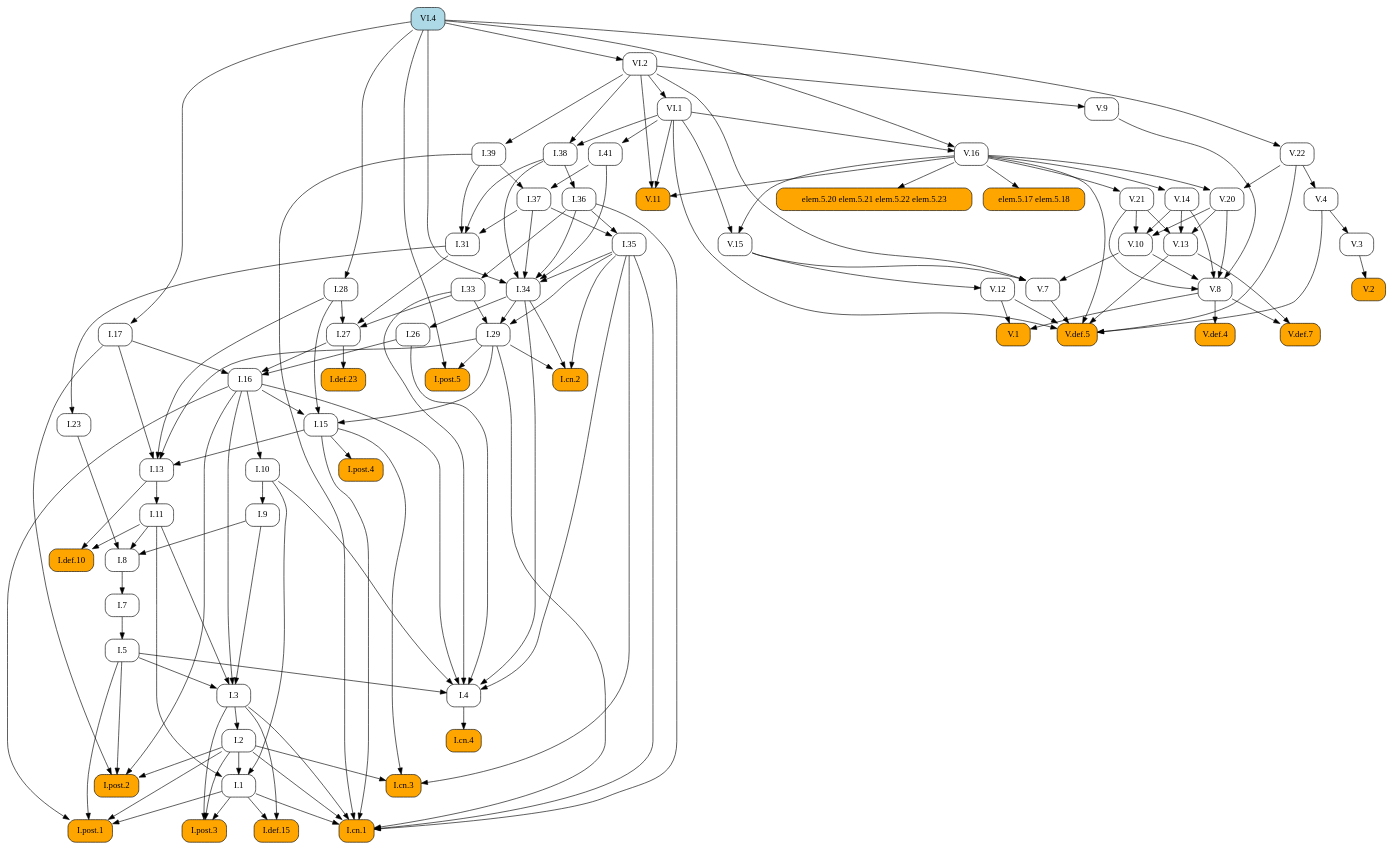
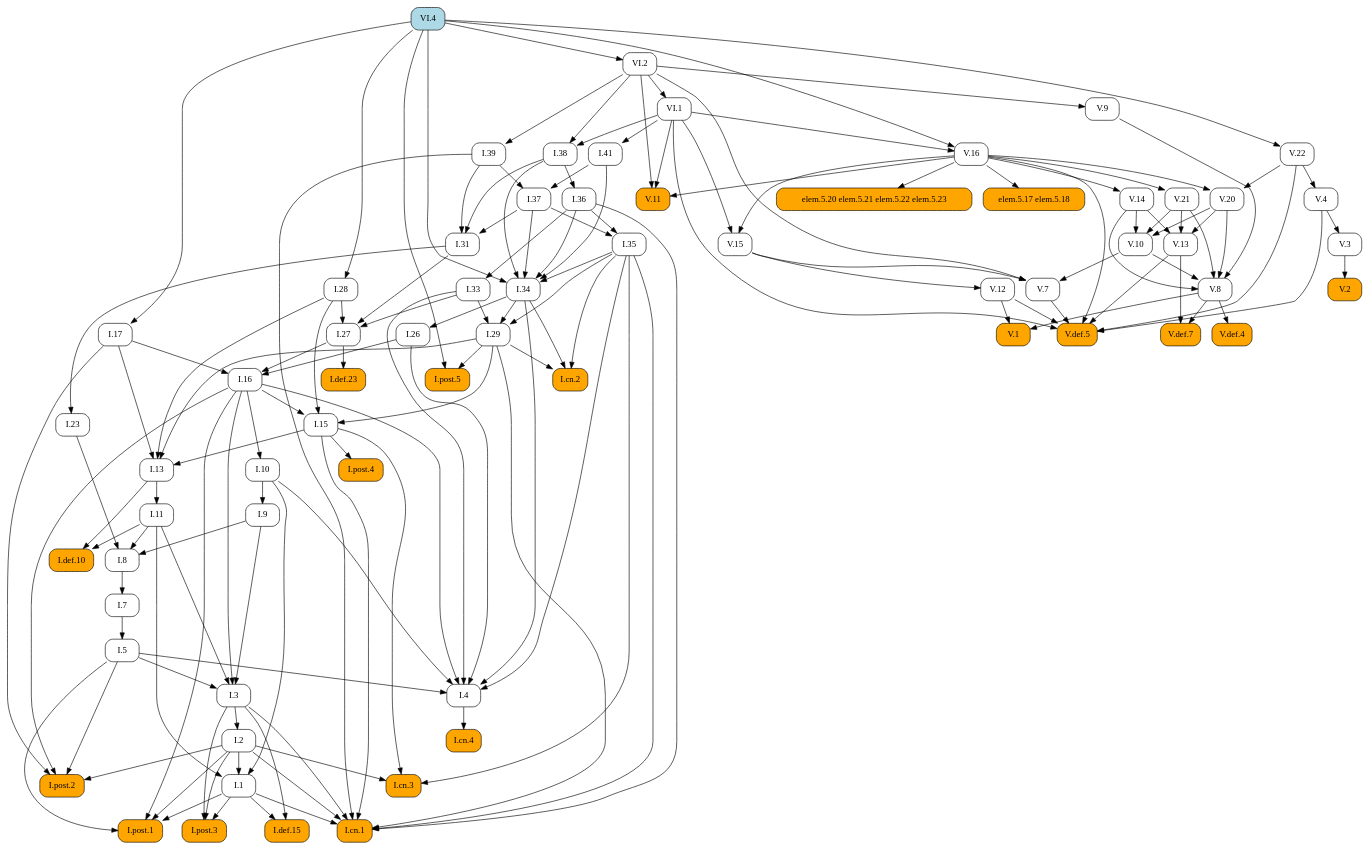
One commit to geometor/elements changed the diagram in docsrc/heath/VI/4/index.rst. Above: the diagram before and after it, drawn with Graphviz. The commit also changed other lines of this file and 484 other files, not shown here.

```diff
--- a/docsrc/heath/VI/4/index.rst
+++ b/docsrc/heath/VI/4/index.rst
@@ -87,79 +87,160 @@
    digraph {
      rankdir="TB";
      node [shape=box, style=rounded];
+     "I.23" [URL="/heath/I/23/", target="_top"];
+     "I.9" [URL="/heath/I/9/", target="_top"];
+     "I.def.15" [style="rounded,filled", fillcolor=orange, URL="/heath/I/def.15/", target="_top"];
+     "V.13" [URL="/heath/V/13/", target="_top"];
+     "V.7" [URL="/heath/V/7/", target="_top"];
+     "elem.5.17 elem.5.18" [style="rounded,filled", fillcolor=orange];
+     "I.post.1" [style="rounded,filled", fillcolor=orange, URL="/heath/I/post.1/", target="_top"];
+     "V.14" [URL="/heath/V/14/", target="_top"];
+     "V.9" [URL="/heath/V/9/", target="_top"];
+     "I.31" [URL="/heath/I/31/", target="_top"];
      "I.def.10" [style="rounded,filled", fillcolor=orange, URL="/heath/I/def.10/", target="_top"];
+     "V.10" [URL="/heath/V/10/", target="_top"];
+     "V.4" [URL="/heath/V/4/", target="_top"];
+     "VI.1" [URL="/heath/VI/1/", target="_top"];
+     "I.39" [URL="/heath/I/39/", target="_top"];
+     "V.11" [style="rounded,filled", fillcolor=orange, URL="/heath/V/11/", target="_top"];
+     "I.34" [URL="/heath/I/34/", target="_top"];
+     "I.3" [URL="/heath/I/3/", target="_top"];
+     "V.def.4" [style="rounded,filled", fillcolor=orange, URL="/heath/V/def.4/", target="_top"];
+     "V.def.7" [style="rounded,filled", fillcolor=orange, URL="/heath/V/def.7/", target="_top"];
+     "V.21" [URL="/heath/V/21/", target="_top"];
+     "I.2" [URL="/heath/I/2/", target="_top"];
+     "V.3" [URL="/heath/V/3/", target="_top"];
+     "I.13" [URL="/heath/I/13/", target="_top"];
+     "I.post.4" [style="rounded,filled", fillcolor=orange, URL="/heath/I/post.4/", target="_top"];
+     "I.4" [URL="/heath/I/4/", target="_top"];
+     "I.1" [URL="/heath/I/1/", target="_top"];
+     "I.17" [URL="/heath/I/17/", target="_top"];
+     "I.8" [URL="/heath/I/8/", target="_top"];
+     "I.29" [URL="/heath/I/29/", target="_top"];
+     "I.38" [URL="/heath/I/38/", target="_top"];
+     "V.8" [URL="/heath/V/8/", target="_top"];
+     "I.15" [URL="/heath/I/15/", target="_top"];
+     "I.10" [URL="/heath/I/10/", target="_top"];
      "I.11" [URL="/heath/I/11/", target="_top"];
-     "I.post.4" [style="rounded,filled", fillcolor=orange, URL="/heath/I/post.4/", target="_top"];
-     "I.28" [URL="/heath/I/28/", target="_top"];
-     "I.1" [URL="/heath/I/1/", target="_top"];
+     "I.def.23" [style="rounded,filled", fillcolor=orange, URL="/heath/I/def.23/", target="_top"];
+     "VI.4" [style="rounded,filled", fillcolor=lightblue, URL="/heath/VI/4/", target="_top"];
+     "I.26" [URL="/heath/I/26/", target="_top"];
+     "V.16" [URL="/heath/V/16/", target="_top"];
+     "I.33" [URL="/heath/I/33/", target="_top"];
+     "I.post.3" [style="rounded,filled", fillcolor=orange, URL="/heath/I/post.3/", target="_top"];
      "V.def.5" [style="rounded,filled", fillcolor=orange, URL="/heath/V/def.5/", target="_top"];
-     "V.13" [URL="/heath/V/13/", target="_top"];
-     "V.11" [style="rounded,filled", fillcolor=orange, URL="/heath/V/11/", target="_top"];
-     "I.post.3" [style="rounded,filled", fillcolor=orange, URL="/heath/I/post.3/", target="_top"];
-     "VI.1" [URL="/heath/VI/1/", target="_top"];
-     "I.cn.3" [style="rounded,filled", fillcolor=orange, URL="/heath/I/cn.3/", target="_top"];
-     "V.16" [URL="/heath/V/16/", target="_top"];
-     "VI.4" [style="rounded,filled", fillcolor=lightblue, URL="/heath/VI/4/", target="_top"];
-     "V.3" [URL="/heath/V/3/", target="_top"];
-     "V.8" [URL="/heath/V/8/", target="_top"];
      "I.27" [URL="/heath/I/27/", target="_top"];
-     "I.36" [URL="/heath/I/36/", target="_top"];
-     "I.41" [URL="/heath/I/41/", target="_top"];
-     "I.37" [URL="/heath/I/37/", target="_top"];
-     "I.34" [URL="/heath/I/34/", target="_top"];
-     "I.2" [URL="/heath/I/2/", target="_top"];
-     "I.def.23" [style="rounded,filled", fillcolor=orange, URL="/heath/I/def.23/", target="_top"];
-     "I.17" [URL="/heath/I/17/", target="_top"];
-     "I.33" [URL="/heath/I/33/", target="_top"];
-     "I.post.2" [style="rounded,filled", fillcolor=orange, URL="/heath/I/post.2/", target="_top"];
-     "elem.5.20 elem.5.21 elem.5.22 elem.5.23" [style="rounded,filled", fillcolor=orange];
-     "I.9" [URL="/heath/I/9/", target="_top"];
-     "I.cn.4" [style="rounded,filled", fillcolor=orange, URL="/heath/I/cn.4/", target="_top"];
-     "V.def.4" [style="rounded,filled", fillcolor=orange, URL="/heath/V/def.4/", target="_top"];
-     "I.15" [URL="/heath/I/15/", target="_top"];
-     "I.38" [URL="/heath/I/38/", target="_top"];
-     "V.def.7" [style="rounded,filled", fillcolor=orange, URL="/heath/V/def.7/", target="_top"];
-     "I.5" [URL="/heath/I/5/", target="_top"];
-     "V.21" [URL="/heath/V/21/", target="_top"];
-     "I.39" [URL="/heath/I/39/", target="_top"];
-     "I.26" [URL="/heath/I/26/", target="_top"];
-     "V.14" [URL="/heath/V/14/", target="_top"];
-     "I.29" [URL="/heath/I/29/", target="_top"];
-     "V.22" [URL="/heath/V/22/", target="_top"];
+     "V.20" [URL="/heath/V/20/", target="_top"];
      "V.12" [URL="/heath/V/12/", target="_top"];
-     "I.cn.2" [style="rounded,filled", fillcolor=orange, URL="/heath/I/cn.2/", target="_top"];
-     "V.20" [URL="/heath/V/20/", target="_top"];
-     "V.10" [URL="/heath/V/10/", target="_top"];
-     "VI.2" [URL="/heath/VI/2/", target="_top"];
-     "I.def.15" [style="rounded,filled", fillcolor=orange, URL="/heath/I/def.15/", target="_top"];
-     "V.15" [URL="/heath/V/15/", target="_top"];
+     "V.2" [style="rounded,filled", fillcolor=orange, URL="/heath/V/2/", target="_top"];
      "I.cn.1" [style="rounded,filled", fillcolor=orange, URL="/heath/I/cn.1/", target="_top"];
-     "V.7" [URL="/heath/V/7/", target="_top"];
-     "V.9" [URL="/heath/V/9/", target="_top"];
-     "I.23" [URL="/heath/I/23/", target="_top"];
-     "I.post.1" [style="rounded,filled", fillcolor=orange, URL="/heath/I/post.1/", target="_top"];
      "I.35" [URL="/heath/I/35/", target="_top"];
      "I.7" [URL="/heath/I/7/", target="_top"];
-     "I.3" [URL="/heath/I/3/", target="_top"];
-     "I.4" [URL="/heath/I/4/", target="_top"];
-     "I.13" [URL="/heath/I/13/", target="_top"];
-     "V.4" [URL="/heath/V/4/", target="_top"];
-     "I.31" [URL="/heath/I/31/", target="_top"];
+     "I.36" [URL="/heath/I/36/", target="_top"];
+     "I.5" [URL="/heath/I/5/", target="_top"];
+     "I.37" [URL="/heath/I/37/", target="_top"];
+     "I.cn.3" [style="rounded,filled", fillcolor=orange, URL="/heath/I/cn.3/", target="_top"];
+     "I.16" [URL="/heath/I/16/", target="_top"];
+     "V.22" [URL="/heath/V/22/", target="_top"];
      "V.1" [style="rounded,filled", fillcolor=orange, URL="/heath/V/1/", target="_top"];
-     "I.16" [URL="/heath/I/16/", target="_top"];
-     "elem.5.17 elem.5.18" [style="rounded,filled", fillcolor=orange];
-     "I.8" [URL="/heath/I/8/", target="_top"];
-     "V.2" [style="rounded,filled", fillcolor=orange, URL="/heath/V/2/", target="_top"];
+     "I.cn.2" [style="rounded,filled", fillcolor=orange, URL="/heath/I/cn.2/", target="_top"];
      "I.post.5" [style="rounded,filled", fillcolor=orange, URL="/heath/I/post.5/", target="_top"];
-     "I.10" [URL="/heath/I/10/", target="_top"];
+     "I.28" [URL="/heath/I/28/", target="_top"];
+     "VI.2" [URL="/heath/VI/2/", target="_top"];
+     "I.cn.4" [style="rounded,filled", fillcolor=orange, URL="/heath/I/cn.4/", target="_top"];
+     "I.post.2" [style="rounded,filled", fillcolor=orange, URL="/heath/I/post.2/", target="_top"];
+     "V.15" [URL="/heath/V/15/", target="_top"];
+     "I.41" [URL="/heath/I/41/", target="_top"];
+     "elem.5.20 elem.5.21 elem.5.22 elem.5.23" [style="rounded,filled", fillcolor=orange];
+     "I.31" -> "I.23";
+     "I.10" -> "I.9";
+     "I.1" -> "I.def.15";
+     "I.3" -> "I.def.15";
+     "V.14" -> "V.13";
+     "V.20" -> "V.13";
+     "V.21" -> "V.13";
+     "V.10" -> "V.7";
+     "V.15" -> "V.7";
+     "VI.2" -> "V.7";
+     "V.16" -> "elem.5.17 elem.5.18";
+     "I.1" -> "I.post.1";
+     "I.2" -> "I.post.1";
+     "I.5" -> "I.post.1";
+     "I.16" -> "I.post.1";
+     "V.16" -> "V.14";
+     "VI.2" -> "V.9";
+     "I.37" -> "I.31";
+     "I.38" -> "I.31";
+     "I.39" -> "I.31";
      "I.11" -> "I.def.10";
      "I.13" -> "I.def.10";
-     "I.13" -> "I.11";
+     "V.14" -> "V.10";
+     "V.20" -> "V.10";
+     "V.21" -> "V.10";
+     "V.22" -> "V.4";
+     "VI.2" -> "VI.1";
+     "VI.2" -> "I.39";
+     "V.16" -> "V.11";
+     "VI.1" -> "V.11";
+     "VI.2" -> "V.11";
+     "I.35" -> "I.34";
+     "I.36" -> "I.34";
+     "I.37" -> "I.34";
+     "I.38" -> "I.34";
+     "I.41" -> "I.34";
+     "VI.4" -> "I.34";
+     "I.5" -> "I.3";
+     "I.9" -> "I.3";
+     "I.11" -> "I.3";
+     "I.16" -> "I.3";
+     "V.8" -> "V.def.4";
+     "V.8" -> "V.def.7";
+     "V.13" -> "V.def.7";
+     "V.16" -> "V.21";
+     "I.3" -> "I.2";
+     "V.4" -> "V.3";
+     "I.15" -> "I.13";
+     "I.17" -> "I.13";
+     "I.28" -> "I.13";
+     "I.29" -> "I.13";
      "I.15" -> "I.post.4";
-     "VI.4" -> "I.28";
+     "I.5" -> "I.4";
+     "I.10" -> "I.4";
+     "I.16" -> "I.4";
+     "I.26" -> "I.4";
+     "I.33" -> "I.4";
+     "I.34" -> "I.4";
+     "I.35" -> "I.4";
      "I.2" -> "I.1";
      "I.10" -> "I.1";
      "I.11" -> "I.1";
+     "VI.4" -> "I.17";
+     "I.9" -> "I.8";
+     "I.11" -> "I.8";
+     "I.23" -> "I.8";
+     "I.33" -> "I.29";
+     "I.34" -> "I.29";
+     "I.35" -> "I.29";
+     "VI.1" -> "I.38";
+     "VI.2" -> "I.38";
+     "V.9" -> "V.8";
+     "V.10" -> "V.8";
+     "V.14" -> "V.8";
+     "V.20" -> "V.8";
+     "V.21" -> "V.8";
+     "I.16" -> "I.15";
+     "I.28" -> "I.15";
+     "I.29" -> "I.15";
+     "I.16" -> "I.10";
+     "I.13" -> "I.11";
+     "I.27" -> "I.def.23";
+     "I.34" -> "I.26";
+     "VI.1" -> "V.16";
+     "VI.4" -> "V.16";
+     "I.36" -> "I.33";
+     "I.1" -> "I.post.3";
+     "I.2" -> "I.post.3";
+     "I.3" -> "I.post.3";
      "V.4" -> "V.def.5";
      "V.7" -> "V.def.5";
      "V.12" -> "V.def.5";
@@ -167,82 +248,13 @@
      "V.16" -> "V.def.5";
      "V.22" -> "V.def.5";
      "VI.1" -> "V.def.5";
-     "V.14" -> "V.13";
-     "V.20" -> "V.13";
-     "V.21" -> "V.13";
-     "V.16" -> "V.11";
-     "VI.1" -> "V.11";
-     "VI.2" -> "V.11";
-     "I.1" -> "I.post.3";
-     "I.2" -> "I.post.3";
-     "I.3" -> "I.post.3";
-     "VI.2" -> "VI.1";
-     "I.2" -> "I.cn.3";
-     "I.15" -> "I.cn.3";
-     "I.35" -> "I.cn.3";
-     "VI.1" -> "V.16";
-     "VI.4" -> "V.16";
-     "V.4" -> "V.3";
-     "V.9" -> "V.8";
-     "V.10" -> "V.8";
-     "V.14" -> "V.8";
-     "V.20" -> "V.8";
-     "V.21" -> "V.8";
      "I.28" -> "I.27";
      "I.31" -> "I.27";
      "I.33" -> "I.27";
-     "I.38" -> "I.36";
-     "VI.1" -> "I.41";
-     "I.39" -> "I.37";
-     "I.41" -> "I.37";
-     "I.35" -> "I.34";
-     "I.36" -> "I.34";
-     "I.37" -> "I.34";
-     "I.38" -> "I.34";
-     "I.41" -> "I.34";
-     "VI.4" -> "I.34";
-     "I.3" -> "I.2";
-     "I.27" -> "I.def.23";
-     "VI.4" -> "I.17";
-     "I.36" -> "I.33";
-     "I.2" -> "I.post.2";
-     "I.5" -> "I.post.2";
-     "I.16" -> "I.post.2";
-     "I.17" -> "I.post.2";
-     "V.16" -> "elem.5.20 elem.5.21 elem.5.22 elem.5.23";
-     "I.10" -> "I.9";
-     "I.4" -> "I.cn.4";
-     "V.8" -> "V.def.4";
-     "I.16" -> "I.15";
-     "I.28" -> "I.15";
-     "I.29" -> "I.15";
-     "VI.1" -> "I.38";
-     "VI.2" -> "I.38";
-     "V.8" -> "V.def.7";
-     "V.13" -> "V.def.7";
-     "I.7" -> "I.5";
-     "V.16" -> "V.21";
-     "VI.2" -> "I.39";
-     "I.34" -> "I.26";
-     "V.16" -> "V.14";
-     "I.33" -> "I.29";
-     "I.34" -> "I.29";
-     "I.35" -> "I.29";
-     "VI.4" -> "V.22";
-     "V.15" -> "V.12";
-     "I.29" -> "I.cn.2";
-     "I.34" -> "I.cn.2";
-     "I.35" -> "I.cn.2";
      "V.16" -> "V.20";
      "V.22" -> "V.20";
-     "V.14" -> "V.10";
-     "V.20" -> "V.10";
-     "V.21" -> "V.10";
-     "VI.4" -> "VI.2";
-     "I.1" -> "I.def.15";
-     "I.3" -> "I.def.15";
-     "V.16" -> "V.15";
-     "VI.1" -> "V.15";
+     "V.15" -> "V.12";
+     "V.3" -> "V.2";
      "I.1" -> "I.cn.1";
      "I.2" -> "I.cn.1";
      "I.3" -> "I.cn.1";
@@ -251,48 +263,36 @@
      "I.35" -> "I.cn.1";
      "I.36" -> "I.cn.1";
      "I.39" -> "I.cn.1";
-     "V.10" -> "V.7";
-     "V.15" -> "V.7";
-     "VI.2" -> "V.7";
-     "VI.2" -> "V.9";
-     "I.31" -> "I.23";
-     "I.1" -> "I.post.1";
-     "I.2" -> "I.post.1";
-     "I.5" -> "I.post.1";
-     "I.16" -> "I.post.1";
      "I.36" -> "I.35";
      "I.37" -> "I.35";
      "I.8" -> "I.7";
-     "I.5" -> "I.3";
-     "I.9" -> "I.3";
-     "I.11" -> "I.3";
-     "I.16" -> "I.3";
-     "I.5" -> "I.4";
-     "I.10" -> "I.4";
-     "I.16" -> "I.4";
-     "I.26" -> "I.4";
-     "I.33" -> "I.4";
-     "I.34" -> "I.4";
-     "I.35" -> "I.4";
-     "I.15" -> "I.13";
-     "I.17" -> "I.13";
-     "I.28" -> "I.13";
-     "I.29" -> "I.13";
-     "V.22" -> "V.4";
-     "I.37" -> "I.31";
-     "I.38" -> "I.31";
-     "I.39" -> "I.31";
-     "V.8" -> "V.1";
-     "V.12" -> "V.1";
+     "I.38" -> "I.36";
+     "I.7" -> "I.5";
+     "I.39" -> "I.37";
+     "I.41" -> "I.37";
+     "I.2" -> "I.cn.3";
+     "I.15" -> "I.cn.3";
+     "I.35" -> "I.cn.3";
      "I.17" -> "I.16";
      "I.26" -> "I.16";
      "I.27" -> "I.16";
-     "V.16" -> "elem.5.17 elem.5.18";
-     "I.9" -> "I.8";
-     "I.11" -> "I.8";
-     "I.23" -> "I.8";
-     "V.3" -> "V.2";
+     "VI.4" -> "V.22";
+     "V.8" -> "V.1";
+     "V.12" -> "V.1";
+     "I.29" -> "I.cn.2";
+     "I.34" -> "I.cn.2";
+     "I.35" -> "I.cn.2";
      "I.29" -> "I.post.5";
      "VI.4" -> "I.post.5";
-     "I.16" -> "I.10";
+     "VI.4" -> "I.28";
+     "VI.4" -> "VI.2";
+     "I.4" -> "I.cn.4";
+     "I.2" -> "I.post.2";
+     "I.5" -> "I.post.2";
+     "I.16" -> "I.post.2";
+     "I.17" -> "I.post.2";
+     "V.16" -> "V.15";
+     "VI.1" -> "V.15";
+     "VI.1" -> "I.41";
+     "V.16" -> "elem.5.20 elem.5.21 elem.5.22 elem.5.23";
    }
```
